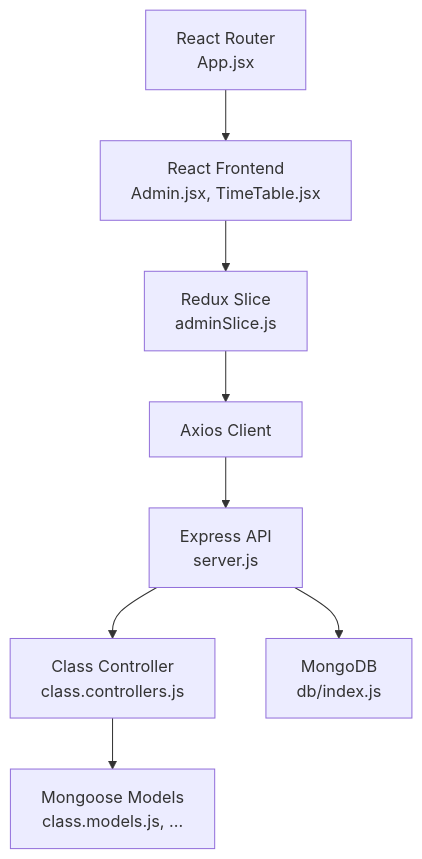
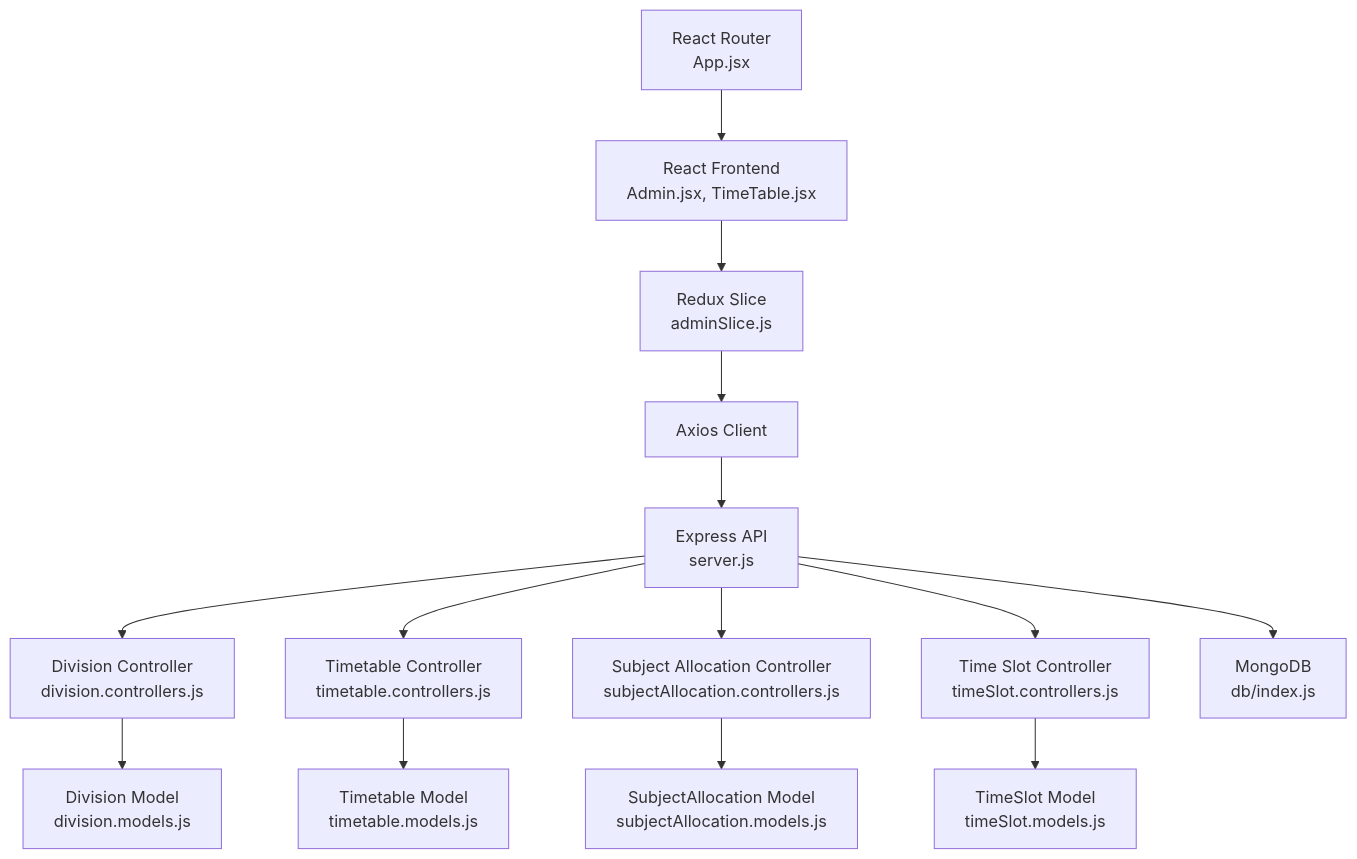
One commit to Aryan9060/Timetable-Project changed the second of 10 diagrams in .qoder/repowiki/en/content/Timetable Generation System/Timetable Generation System.md. Above: the diagram before and after it, drawn with Mermaid. The commit also changed other lines of this file and 15 other files, not shown here.

First line of the commit message:
docs(api): replace class with division management endpoints

````diff
--- a/.qoder/repowiki/en/content/Timetable Generation System/Timetable Generation System.md
+++ b/.qoder/repowiki/en/content/Timetable Generation System/Timetable Generation System.md
@@ -155,12 +198,18 @@
 ```mermaid
 graph TB
 FE["React Frontend<br/>Admin.jsx, TimeTable.jsx"]
 RT["React Router<br/>App.jsx"]
 RT --> FE
 FE --> AS["Redux Slice<br/>adminSlice.js"]
 AS --> AX["Axios Client"]
 AX --> API["Express API<br/>server.js"]
-API --> CLTR["Class Controller<br/>class.controllers.js"]
-CLTR --> MDL["Mongoose Models<br/>class.models.js, ..."]
+API --> DIV["Division Controller<br/>division.controllers.js"]
+API --> TT["Timetable Controller<br/>timetable.controllers.js"]
+API --> SA["Subject Allocation Controller<br/>subjectAllocation.controllers.js"]
+API --> TS["Time Slot Controller<br/>timeSlot.controllers.js"]
+DIV --> DIVMDL["Division Model<br/>division.models.js"]
+TT --> TTMDL["Timetable Model<br/>timetable.models.js"]
+SA --> SAMDL["SubjectAllocation Model<br/>subjectAllocation.models.js"]
+TS --> TSMODL["TimeSlot Model<br/>timeSlot.models.js"]
 API --> DB["MongoDB<br/>db/index.js"]
 ```
````
